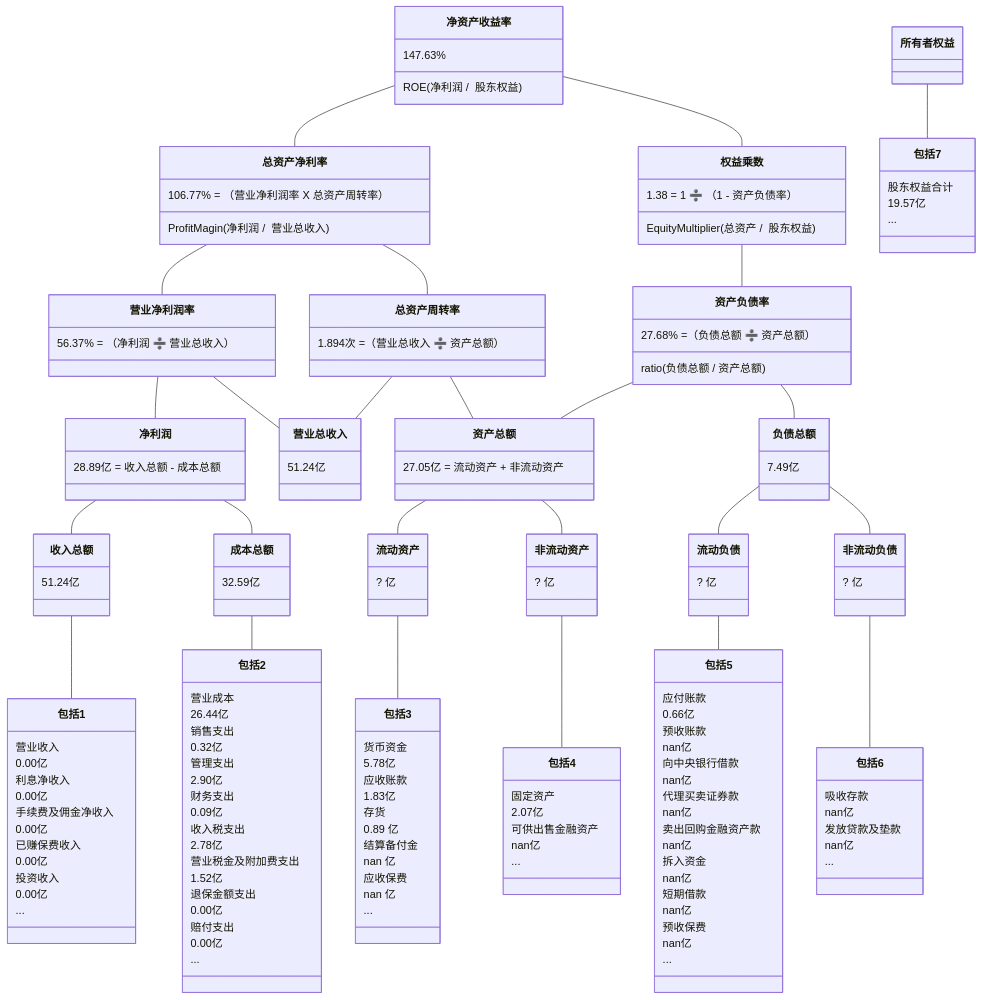
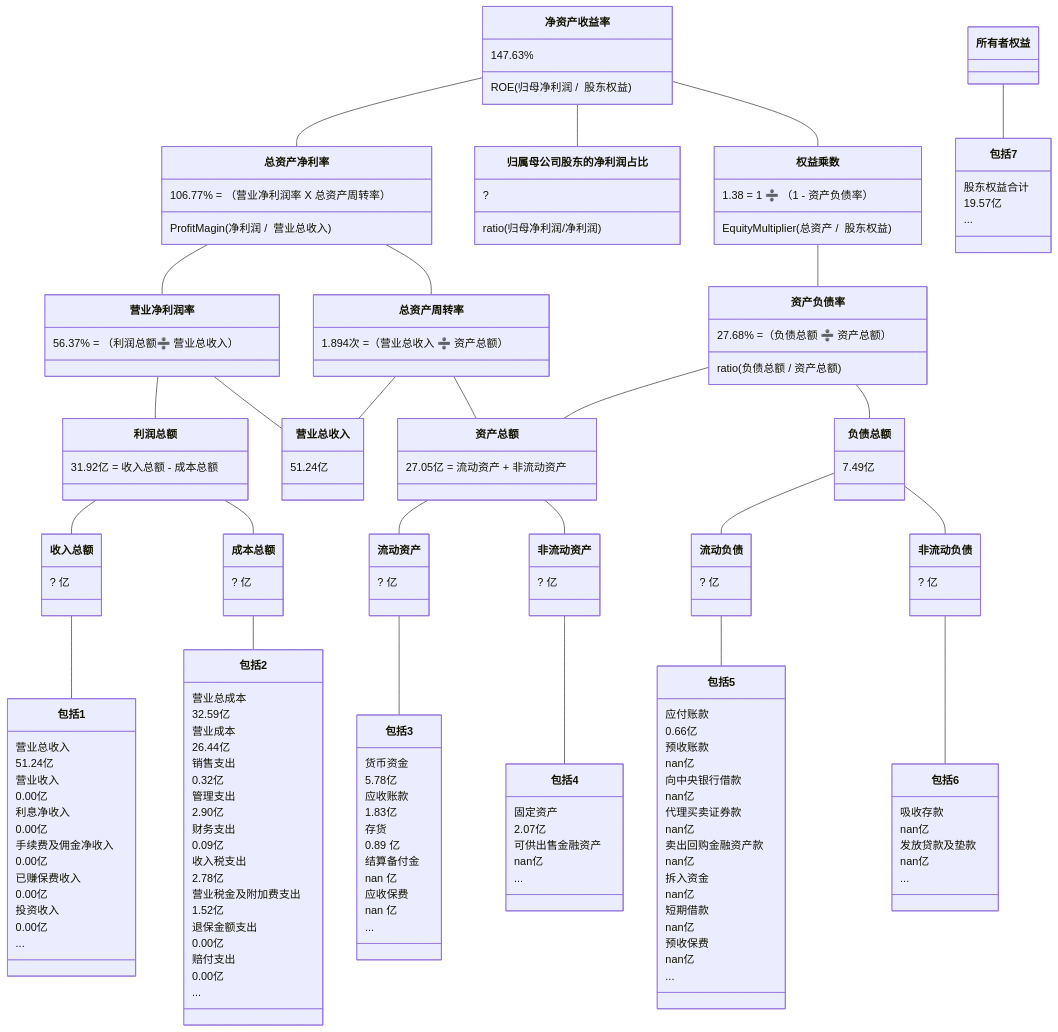
One commit to TheVeryDarkness/cs410 changed the third of 10 diagrams in 2/2.md. Above: the diagram before and after it, drawn with Mermaid. The commit also changed other lines of this file and 55 other files, not shown here.

```diff
--- a/2/2.md
+++ b/2/2.md
@@ -253,23 +267,26 @@
 classDiagram
 净资产收益率 -- 总资产净利率
     净资产收益率 : 147.63%
-    净资产收益率 : ROE(净利润 /  股东权益)
+    净资产收益率 : ROE(归母净利润 /  股东权益)
     总资产净利率 : 106.77% = （营业净利润率 X 总资产周转率）
     总资产净利率 : ProfitMagin(净利润 /  营业总收入)
+净资产收益率 -- 归属母公司股东的净利润占比
+	归属母公司股东的净利润占比 : ?
+	归属母公司股东的净利润占比 : ratio(归母净利润/净利润)
 净资产收益率 -- 权益乘数
     权益乘数 : 1.38 = 1 ➗ （1 - 资产负债率）
     权益乘数 : EquityMultiplier(总资产 /  股东权益)
     
 总资产净利率 -- 营业净利润率
-    营业净利润率 : 56.37% = （净利润 ➗ 营业总收入）
+    营业净利润率 : 56.37% = （利润总额➗ 营业总收入）
 总资产净利率 -- 总资产周转率
     总资产周转率 : 1.894次 =（营业总收入 ➗ 资产总额）
 权益乘数 -- 资产负债率
     资产负债率  : 27.68% =（负债总额 ➗ 资产总额）
     资产负债率  : ratio(负债总额 / 资产总额)
 
-营业净利润率 -- 净利润
-    净利润 : 28.89亿 = 收入总额 - 成本总额
+营业净利润率 -- 利润总额
+   利润总额 : 31.92亿 = 收入总额 - 成本总额
 营业净利润率 -- 营业总收入
     营业总收入 : 51.24亿
 总资产周转率 -- 营业总收入
@@ -280,10 +297,10 @@
 资产负债率 -- 　资产总额
 
 
-净利润 -- 收入总额
-    收入总额 : 51.24亿
-净利润 -- 成本总额
-    成本总额 : 32.59亿
+利润总额 -- 收入总额
+    收入总额 : ? 亿
+利润总额 -- 成本总额
+    成本总额 : ? 亿
 资产总额 -- 流动资产
 	流动资产 : ? 亿
 资产总额 -- 非流动资产
@@ -294,6 +311,8 @@
 	非流动负债 : ? 亿
 
 收入总额 -- 包括1
+    包括1 : 营业总收入
+    包括1 : 51.24亿
     包括1 : 营业收入
     包括1 : 0.00亿
     包括1 : 利息净收入
@@ -306,6 +325,8 @@
     包括1 : 0.00亿
     包括1 : ...
 成本总额 -- 包括2
+    包括2 : 营业总成本
+    包括2 : 32.59亿
     包括2 : 营业成本
     包括2 : 26.44亿
     包括2 : 销售支出
```
